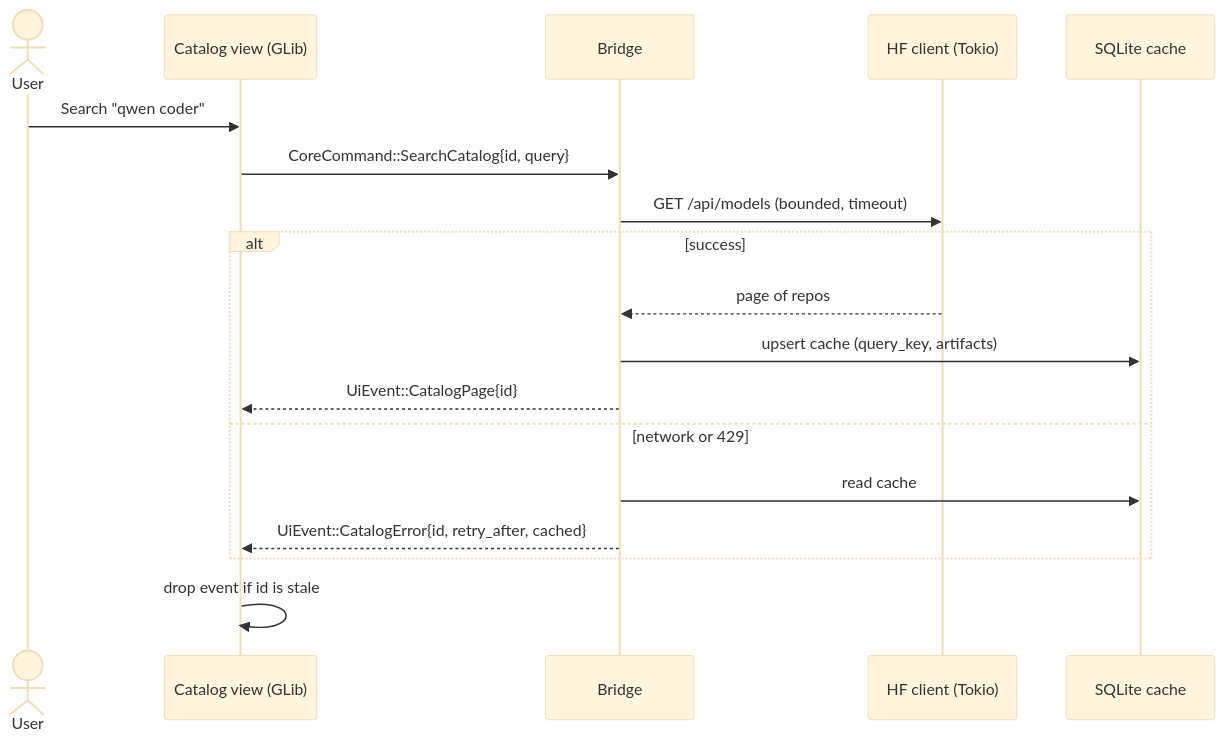
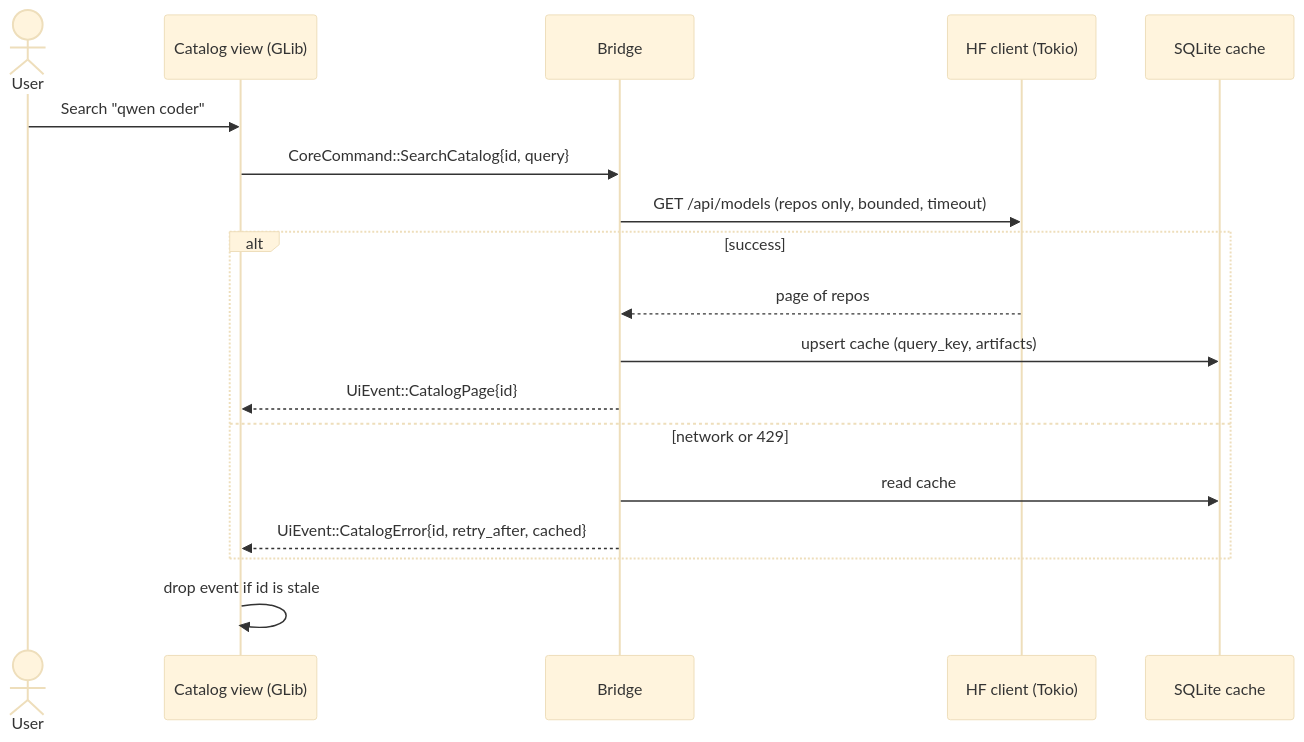
Before and after one commit to dexterhere/kvlm: the second of 7 diagrams in docs/04-roadmap/m1/Diagrams.md, drawn with Mermaid (base theme). The commit also changed other lines of this file and 2 other files, not shown here.

````diff
--- a/docs/04-roadmap/m1/Diagrams.md
+++ b/docs/04-roadmap/m1/Diagrams.md
@@ -58,20 +51,20 @@
 ```mermaid
 sequenceDiagram
     actor U as User
     participant UI as Catalog view (GLib)
     participant B as Bridge
     participant H as HF client (Tokio)
     participant DB as SQLite cache
     U->>UI: Search "qwen coder"
     UI->>B: CoreCommand::SearchCatalog{id, query}
-    B->>H: GET /api/models (bounded, timeout)
+    B->>H: GET /api/models (repos only, bounded, timeout)
     alt success
         H-->>B: page of repos
         B->>DB: upsert cache (query_key, artifacts)
         B-->>UI: UiEvent::CatalogPage{id}
     else network or 429
         B->>DB: read cache
         B-->>UI: UiEvent::CatalogError{id, retry_after, cached}
     end
     UI->>UI: drop event if id is stale
 ```
````
